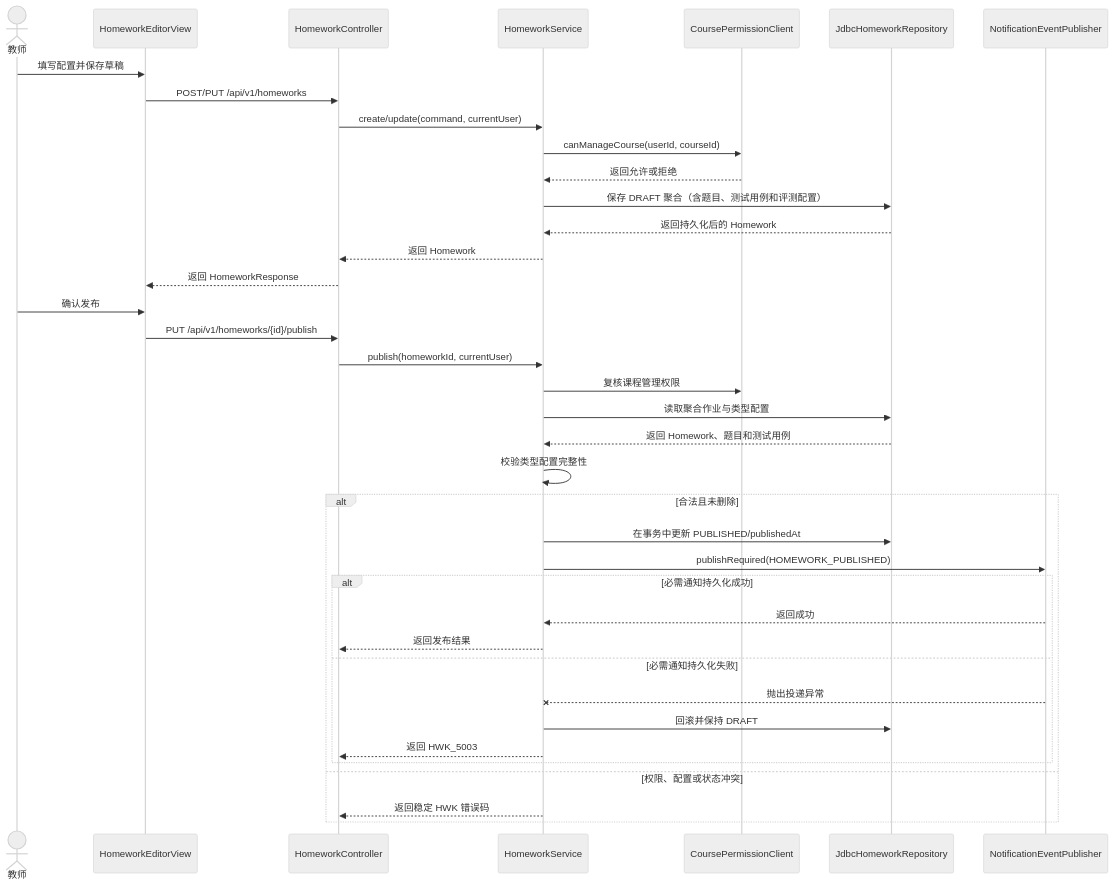
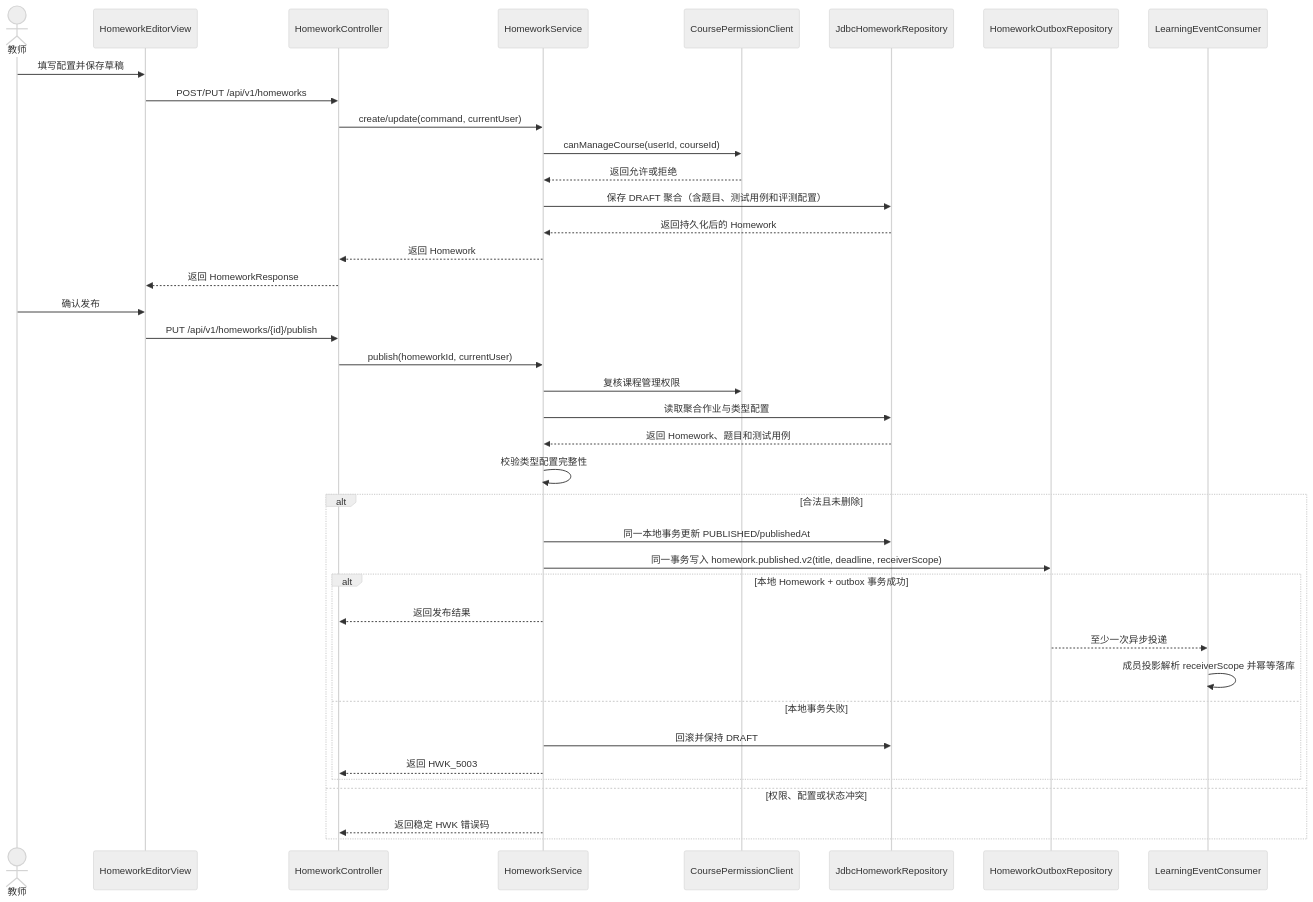
Before and after one commit to Cr4zyorange/OnlineJudge: the diagram in docs/diagrams/dsd/fig_3_5_3a_hwk_publish_object.mmd, drawn with Mermaid (neutral theme). The commit also changed 28 other files, not shown here.

Commit message:
docs(contracts): migrate homework publication to v2 outbox

```diff
--- a/docs/diagrams/dsd/fig_3_5_3a_hwk_publish_object.mmd
+++ b/docs/diagrams/dsd/fig_3_5_3a_hwk_publish_object.mmd
@@ -1,38 +1,39 @@
 sequenceDiagram
   actor Teacher as 教师
   participant View as HomeworkEditorView
   participant Controller as HomeworkController
   participant Service as HomeworkService
   participant Permission as CoursePermissionClient
   participant Repository as JdbcHomeworkRepository
-  participant Publisher as NotificationEventPublisher
+  participant Outbox as HomeworkOutboxRepository
+  participant Learning as LearningEventConsumer
   Teacher->>View: 填写配置并保存草稿
   View->>Controller: POST/PUT /api/v1/homeworks
   Controller->>Service: create/update(command, currentUser)
   Service->>Permission: canManageCourse(userId, courseId)
   Permission-->>Service: 返回允许或拒绝
   Service->>Repository: 保存 DRAFT 聚合（含题目、测试用例和评测配置）
   Repository-->>Service: 返回持久化后的 Homework
   Service-->>Controller: 返回 Homework
   Controller-->>View: 返回 HomeworkResponse
   Teacher->>View: 确认发布
   View->>Controller: PUT /api/v1/homeworks/{id}/publish
   Controller->>Service: publish(homeworkId, currentUser)
   Service->>Permission: 复核课程管理权限
   Service->>Repository: 读取聚合作业与类型配置
   Repository-->>Service: 返回 Homework、题目和测试用例
   Service->>Service: 校验类型配置完整性
   alt 合法且未删除
-    Service->>Repository: 在事务中更新 PUBLISHED/publishedAt
-    Service->>Publisher: publishRequired(HOMEWORK_PUBLISHED)
-    alt 必需通知持久化成功
-      Publisher-->>Service: 返回成功
+    Service->>Repository: 同一本地事务更新 PUBLISHED/publishedAt
+    Service->>Outbox: 同一事务写入 homework.published.v2(title, deadline, receiverScope)
+    alt 本地 Homework + outbox 事务成功
       Service-->>Controller: 返回发布结果
-    else 必需通知持久化失败
-      Publisher--xService: 抛出投递异常
+      Outbox-->>Learning: 至少一次异步投递
+      Learning->>Learning: 成员投影解析 receiverScope 并幂等落库
+    else 本地事务失败
       Service->>Repository: 回滚并保持 DRAFT
       Service-->>Controller: 返回 HWK_5003
     end
   else 权限、配置或状态冲突
     Service-->>Controller: 返回稳定 HWK 错误码
   end
```
